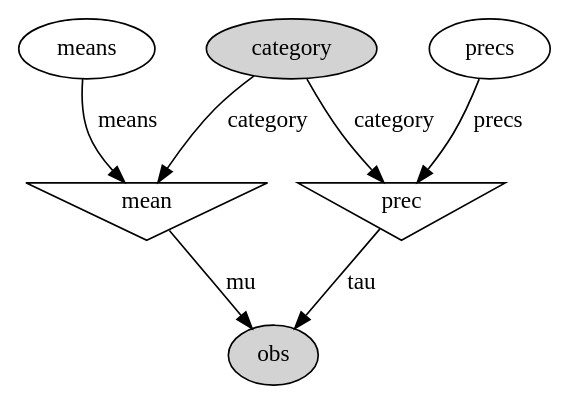
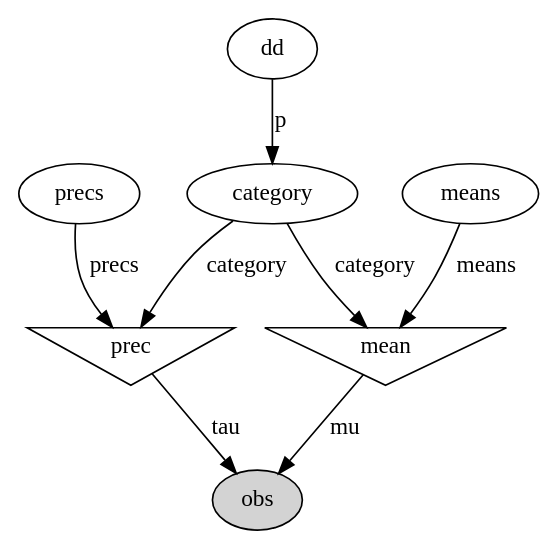
The diagram in static/container.dot (johnhw/summerschool2017), drawn with Graphviz before and after one commit. The commit also changed 6 other files, not shown here.

```diff
--- a/static/container.dot
+++ b/static/container.dot
@@ -1,14 +1,16 @@
 digraph G {
+category;
+dd;
+dd -> category  [label=p];
+precs;
+means;
 obs [style=filled];
 mean [shape=invtriangle];
 mean -> obs  [label=mu];
-category [style=filled];
 category -> mean  [label=category];
-means;
 means -> mean  [label=means];
 prec [shape=invtriangle];
 prec -> obs  [label=tau];
 category -> prec  [label=category];
-precs;
 precs -> prec  [label=precs];
 }
```
